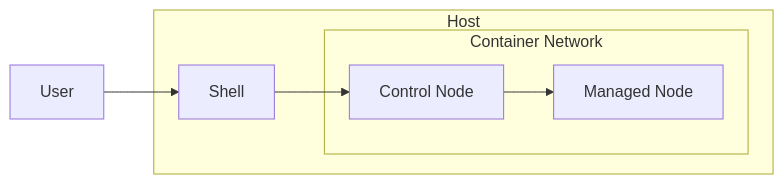
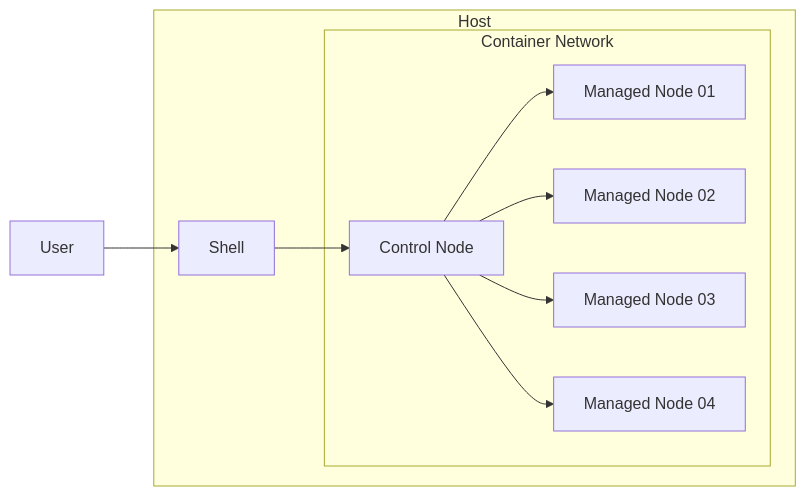
Before and after one commit to rgaiacs/rse-ansible-tutorial: the diagram in source/sandbox.rst, drawn with Mermaid. The commit also changed other lines of this file and 4 other files, not shown here.

```diff
--- a/source/sandbox.rst
+++ b/source/sandbox.rst
@@ -8,19 +8,25 @@
 .. mermaid::
     :align: center
     :alt: User operating two containers in the same network.
     :caption: Diagram of sandbox using container for Ansible.
 
     flowchart LR
-        c[Control Node] --> m1[Managed Node]
+        c[Control Node] --> m1[Managed Node 01]
+        c[Control Node] --> m2[Managed Node 02]
+        c[Control Node] --> m3[Managed Node 03]
+        c[Control Node] --> m4[Managed Node 04]
         s[Shell] --> c
         u[User] --> s
 
         subgraph n[Container Network]
             c
             m1
+            m2
+            m3
+            m4
         end
 
         subgraph h[Host]
             s
             n
         end
```
